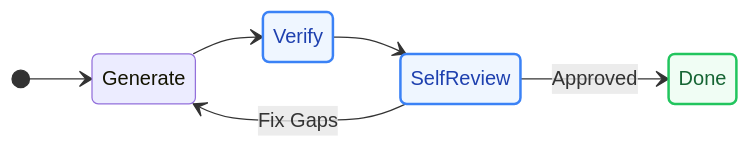
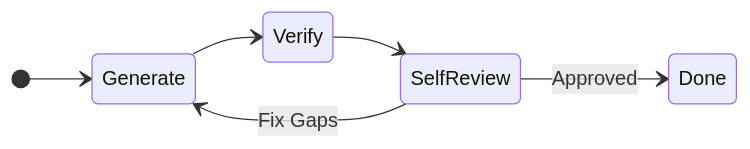
The first of 3 diagrams in README.md (premaarya/AgentX-Test), drawn with Mermaid before and after one commit. The commit also changed other lines of this file and 1 other file, not shown here.

Commit message:
docs: fix broken README diagrams [skip-issue]

````diff
--- a/README.md
+++ b/README.md
@@ -56,15 +56,10 @@
 ```mermaid
 stateDiagram-v2
     direction LR
-    classDef highlight fill:#eff6ff,stroke:#3b82f6,stroke-width:2px,color:#1e40af
-    classDef success fill:#f0fdf4,stroke:#22c55e,stroke-width:2px,color:#166534
 
     [*] --> Generate
     Generate --> Verify
     Verify --> SelfReview
     SelfReview --> Generate : Fix Gaps
     SelfReview --> Done : Approved
-
-    class Verify,SelfReview highlight
-    class Done success
 ```
````
